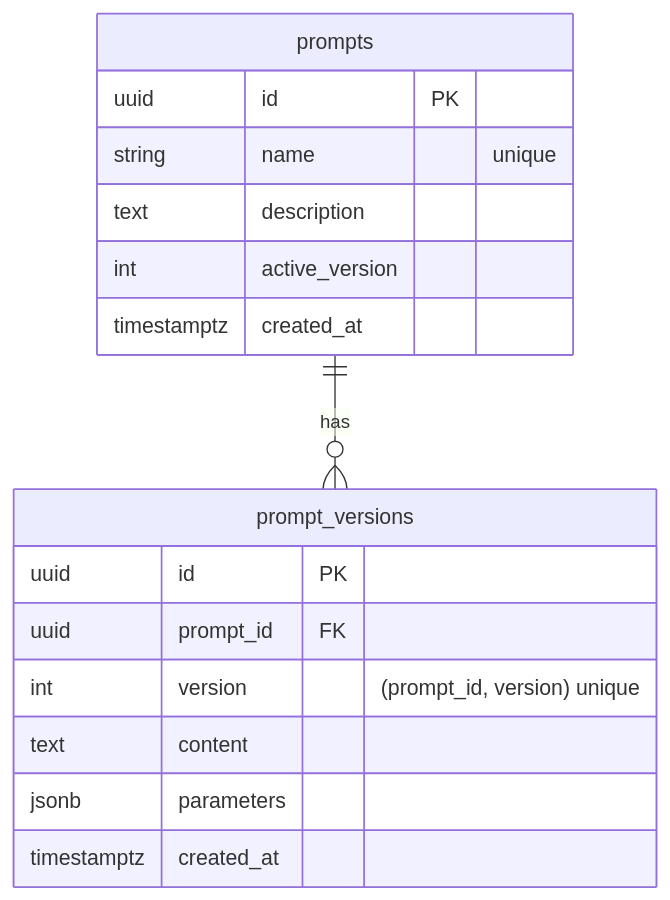
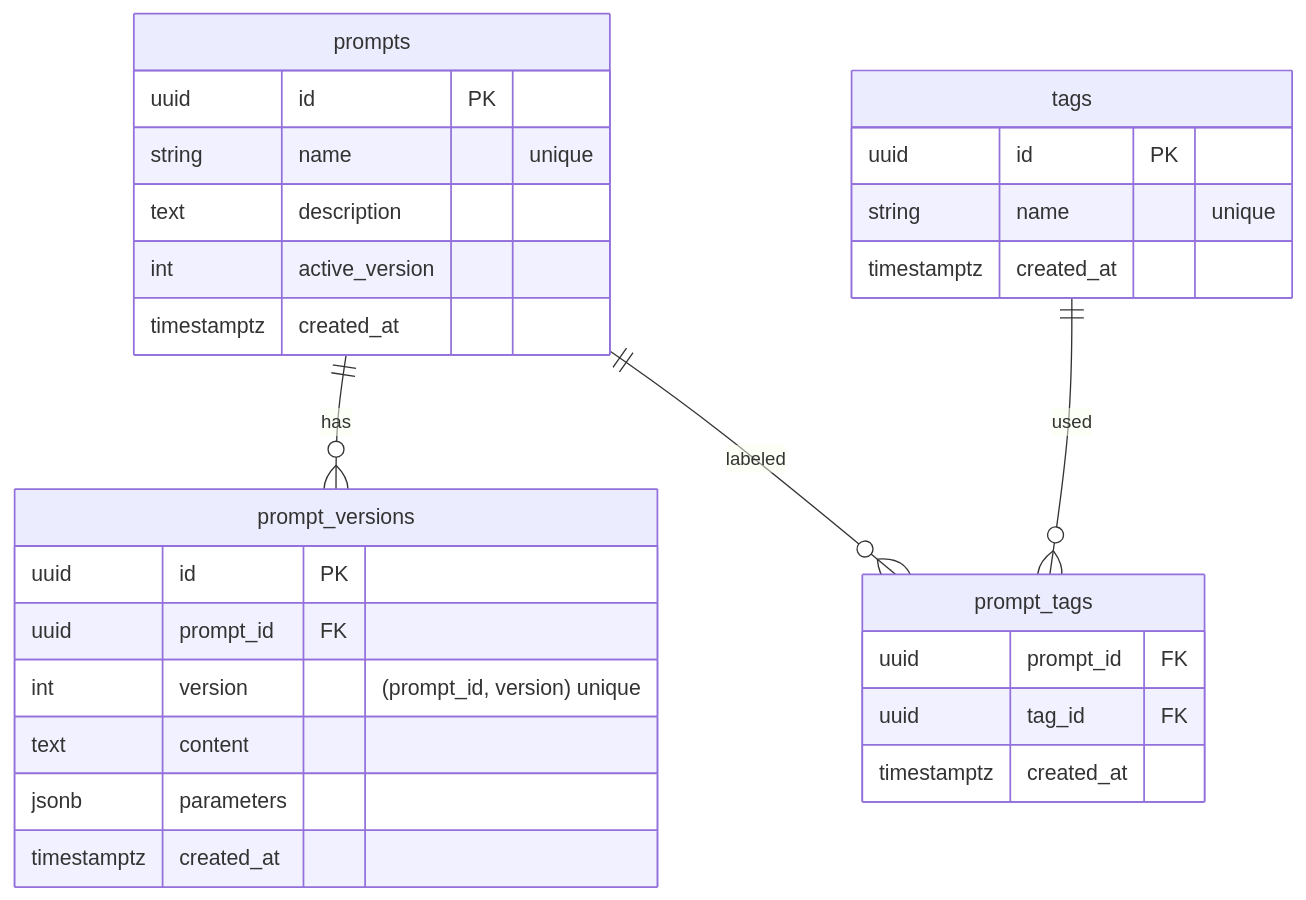
Before and after one commit to danielwei123/llm-evals-platform: the third of 5 diagrams in docs/ARCHITECTURE.md, drawn with Mermaid. The commit also changed other lines of this file and 7 other files, not shown here.

Commit message:
Add prompt tags (DB + API)

````diff
--- a/docs/ARCHITECTURE.md
+++ b/docs/ARCHITECTURE.md
@@ -68,21 +68,35 @@
 ```mermaid
 erDiagram
   prompts {
     uuid id PK
     string name "unique"
     text description
     int active_version
     timestamptz created_at
   }
 
   prompt_versions {
     uuid id PK
     uuid prompt_id FK
     int version "(prompt_id, version) unique"
     text content
     jsonb parameters
     timestamptz created_at
   }
 
+  tags {
+    uuid id PK
+    string name "unique"
+    timestamptz created_at
+  }
+
+  prompt_tags {
+    uuid prompt_id FK
+    uuid tag_id FK
+    timestamptz created_at
+  }
+
   prompts ||--o{ prompt_versions : has
+  prompts ||--o{ prompt_tags : labeled
+  tags ||--o{ prompt_tags : used
 ```
````
